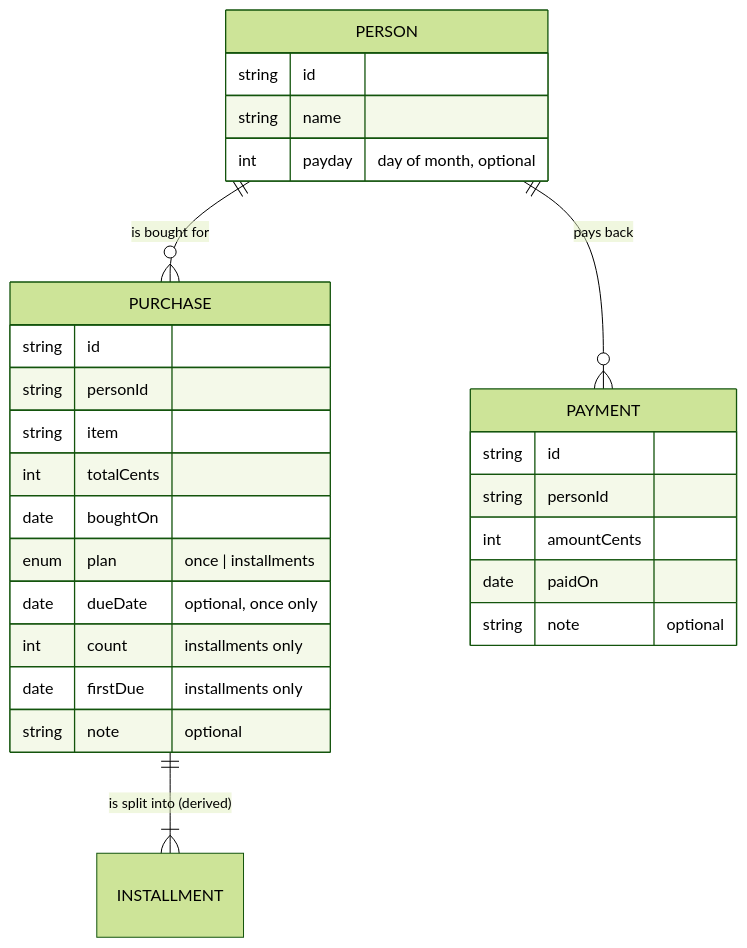
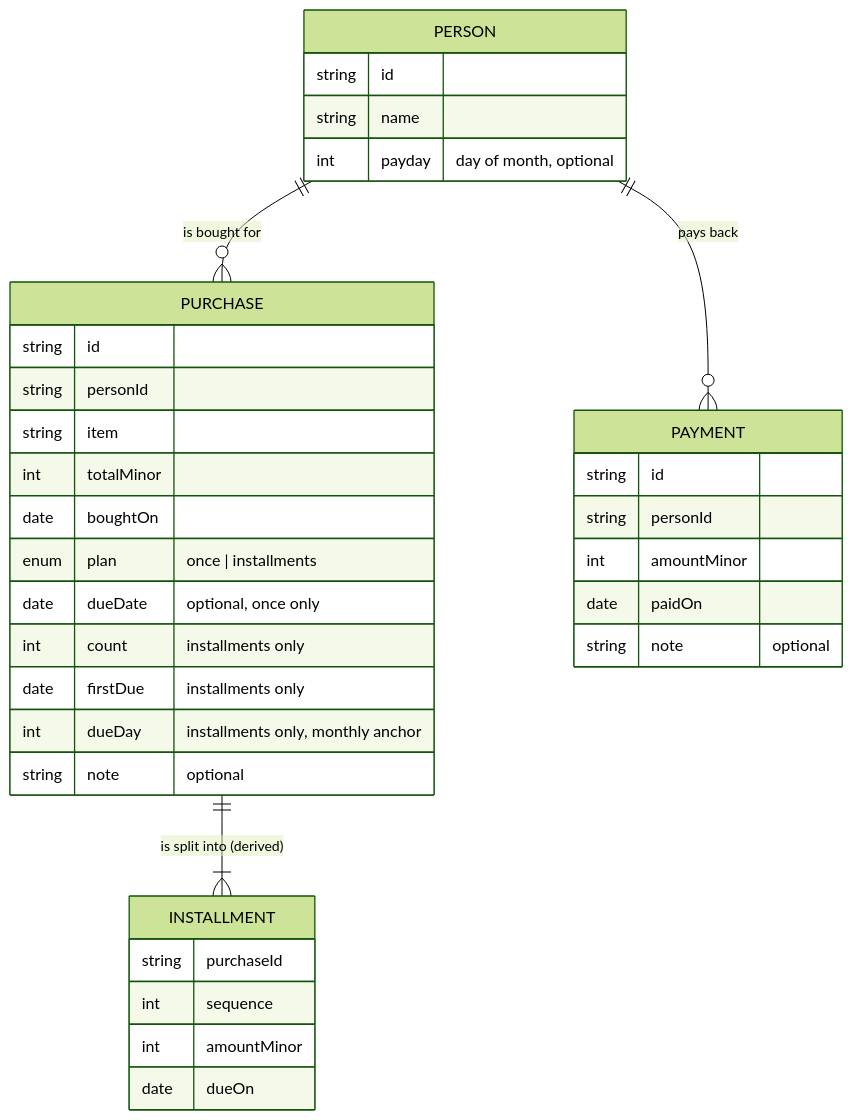
The first of 3 diagrams in docs/DESIGN.md (zekihan/family-tab), drawn with Mermaid (forest theme) before and after one commit. The commit also changed other lines of this file, not shown here.

````diff
--- a/docs/DESIGN.md
+++ b/docs/DESIGN.md
@@ -53,30 +53,37 @@
 ```mermaid
 erDiagram
     PERSON ||--o{ PURCHASE : "is bought for"
     PERSON ||--o{ PAYMENT : "pays back"
     PURCHASE ||--|{ INSTALLMENT : "is split into (derived)"
     PERSON {
         string id
         string name
         int payday "day of month, optional"
     }
     PURCHASE {
         string id
         string personId
         string item
-        int totalCents
+        int totalMinor
         date boughtOn
         enum plan "once | installments"
         date dueDate "optional, once only"
         int count "installments only"
         date firstDue "installments only"
+        int dueDay "installments only, monthly anchor"
         string note "optional"
     }
     PAYMENT {
         string id
         string personId
-        int amountCents
+        int amountMinor
         date paidOn
         string note "optional"
     }
+    INSTALLMENT {
+        string purchaseId
+        int sequence
+        int amountMinor
+        date dueOn
+    }
 ```
````
